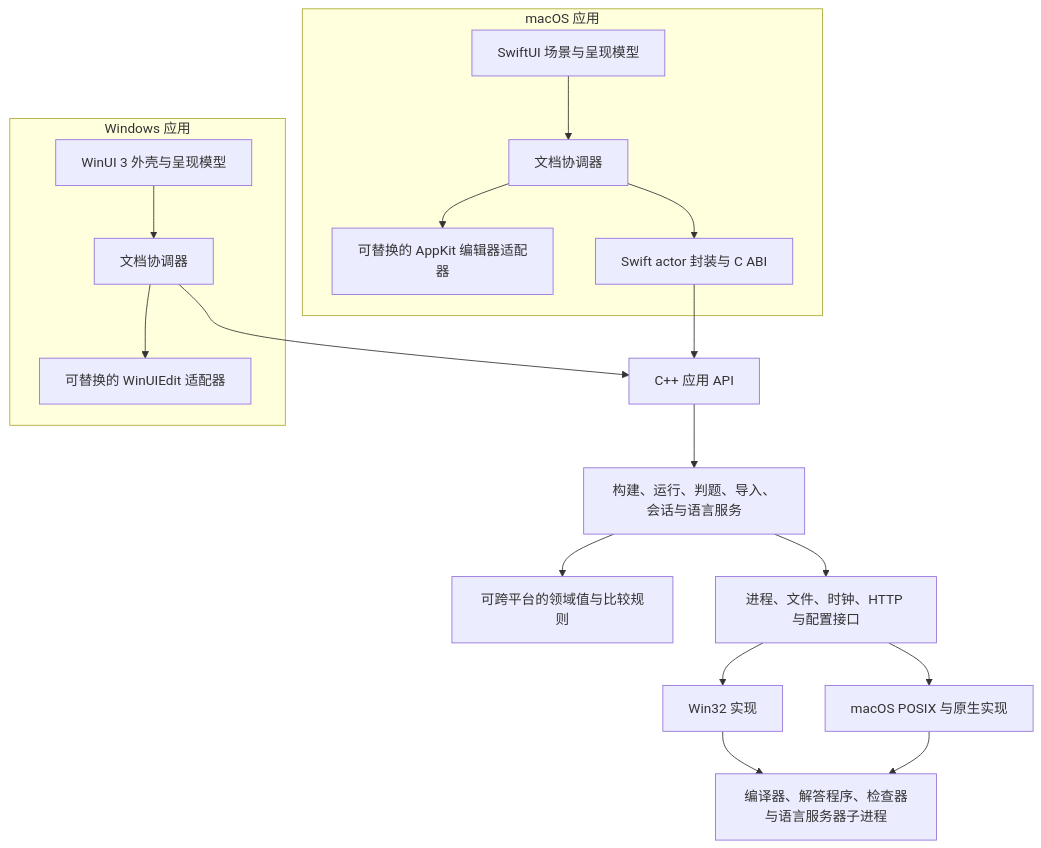
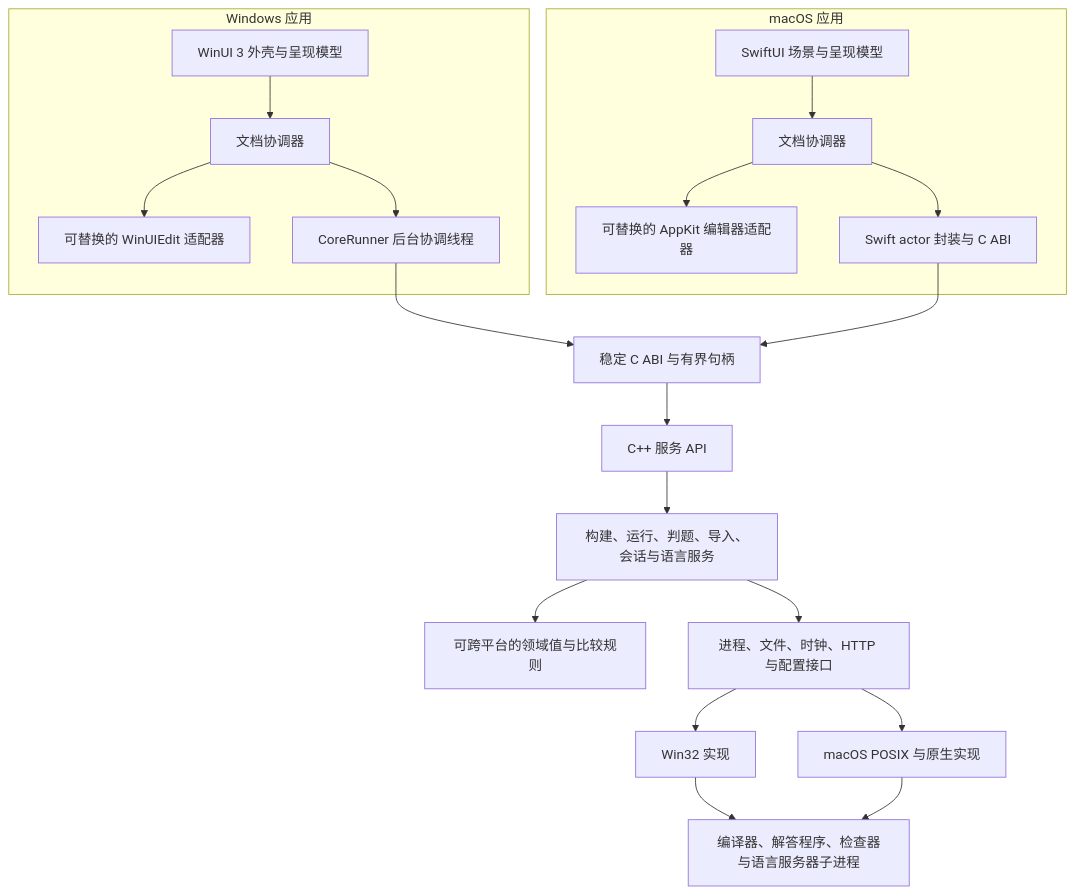
The diagram in docs/architecture.md (A-BenLi06/CPeditor-Native), drawn with Mermaid before and after one commit. The commit also changed other lines of this file and 31 other files, not shown here.

````diff
--- a/docs/architecture.md
+++ b/docs/architecture.md
@@ -15,28 +15,31 @@
 ```mermaid
 flowchart TB
     subgraph Windows[Windows 应用]
         WUI[WinUI 3 外壳与呈现模型]
         WDC[文档协调器]
         WE[可替换的 WinUIEdit 适配器]
+        WB[CoreRunner 后台协调线程]
         WUI --> WDC
         WDC --> WE
+        WDC --> WB
     end
     subgraph macOS[macOS 应用]
         MUI[SwiftUI 场景与呈现模型]
         MDC[文档协调器]
         ME[可替换的 AppKit 编辑器适配器]
         MB[Swift actor 封装与 C ABI]
         MUI --> MDC
         MDC --> ME
         MDC --> MB
     end
-    WDC --> API[C++ 应用 API]
-    MB --> API
+    WB --> ABI[稳定 C ABI 与有界句柄]
+    MB --> ABI
+    ABI --> API[C++ 服务 API]
     API --> Services[构建、运行、判题、导入、会话与语言服务]
     Services --> Domain[可跨平台的领域值与比较规则]
     Services --> Ports[进程、文件、时钟、HTTP 与配置接口]
     Ports --> WH[Win32 实现]
     Ports --> MH[macOS POSIX 与原生实现]
     WH --> Children[编译器、解答程序、检查器与语言服务器子进程]
     MH --> Children
 ```
````
